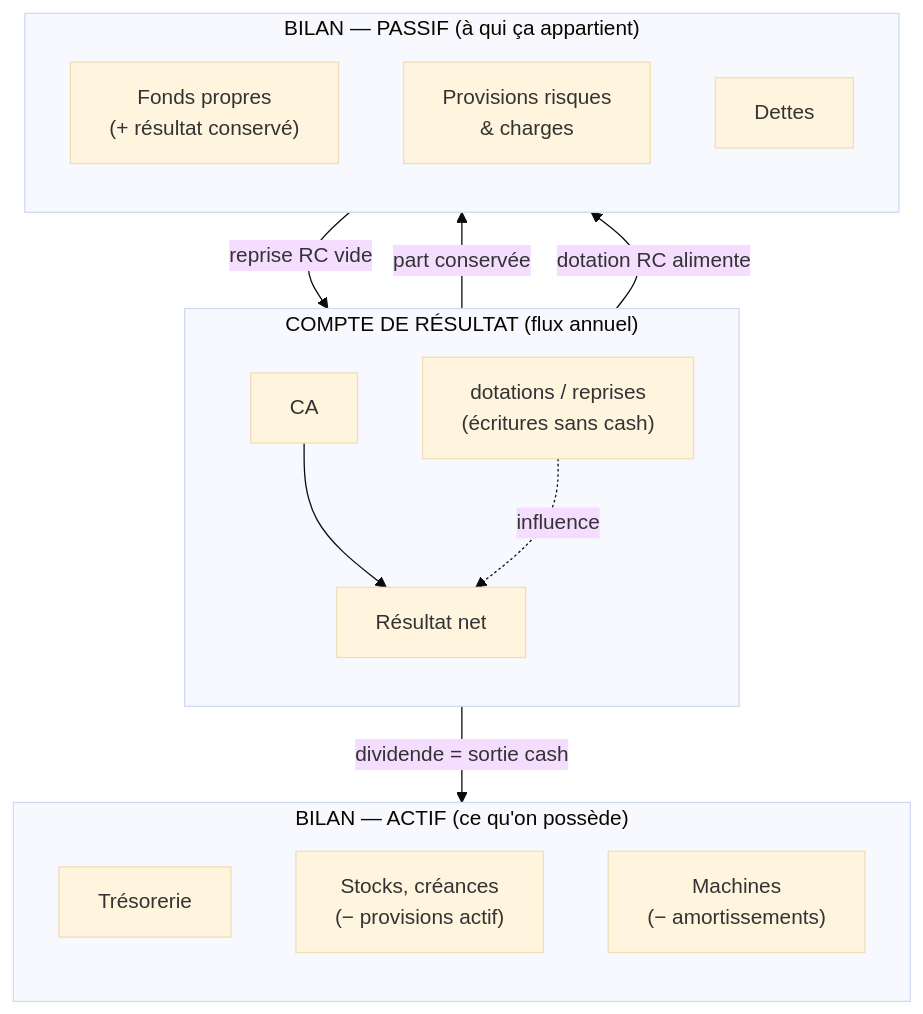
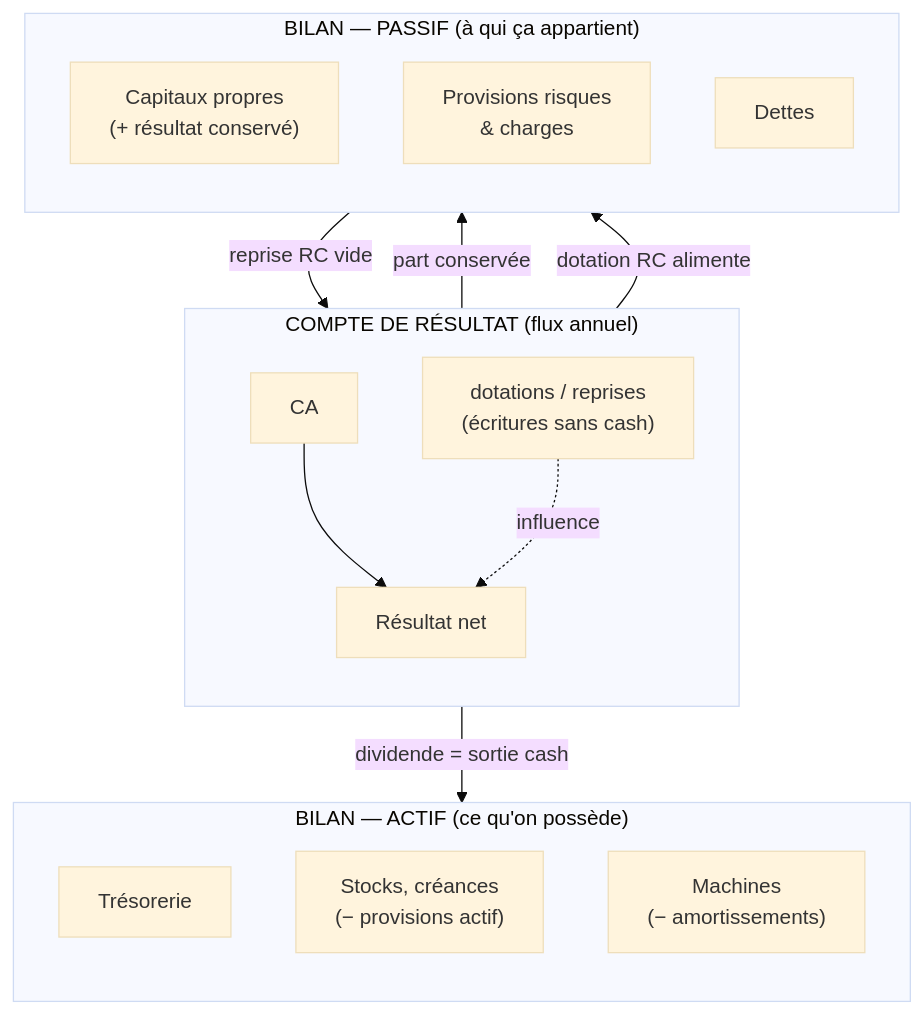
One commit to KSA-Syndic/cfdt-kuhn changed the third of 5 diagrams in content/actualites/2026/kuhn-resultats-doc.md. Above: the diagram before and after it, drawn with Mermaid (base theme). The commit also changed other lines of this file and 3 other files, not shown here.

````diff
--- a/content/actualites/2026/kuhn-resultats-doc.md
+++ b/content/actualites/2026/kuhn-resultats-doc.md
@@ -77,27 +77,27 @@
 ```mermaid
 flowchart TB
   subgraph CR["COMPTE DE RÉSULTAT (flux annuel)"]
     direction TB
     CA2["CA"] --> RN2["Résultat net"]
     PROV2["dotations / reprises<br>(écritures sans cash)"] -.influence.-> RN2
   end
 
   subgraph ACTIF["BILAN — ACTIF (ce qu'on possède)"]
     direction TB
     TR["Trésorerie"]
     STK["Stocks, créances<br>(− provisions actif)"]
     MACH["Machines<br>(− amortissements)"]
   end
 
   subgraph PASSIF["BILAN — PASSIF (à qui ça appartient)"]
     direction TB
-    FP["Fonds propres<br>(+ résultat conservé)"]
+    FP["Capitaux propres<br>(+ résultat conservé)"]
     PRC["Provisions risques<br>& charges"]
     DET["Dettes"]
   end
 
   RN2 -->|"part conservée"| FP
   RN2 -->|"dividende = sortie cash"| TR
   PROV2 -->|"dotation RC alimente"| PRC
   PRC -->|"reprise RC vide"| RN2
 ```
````
